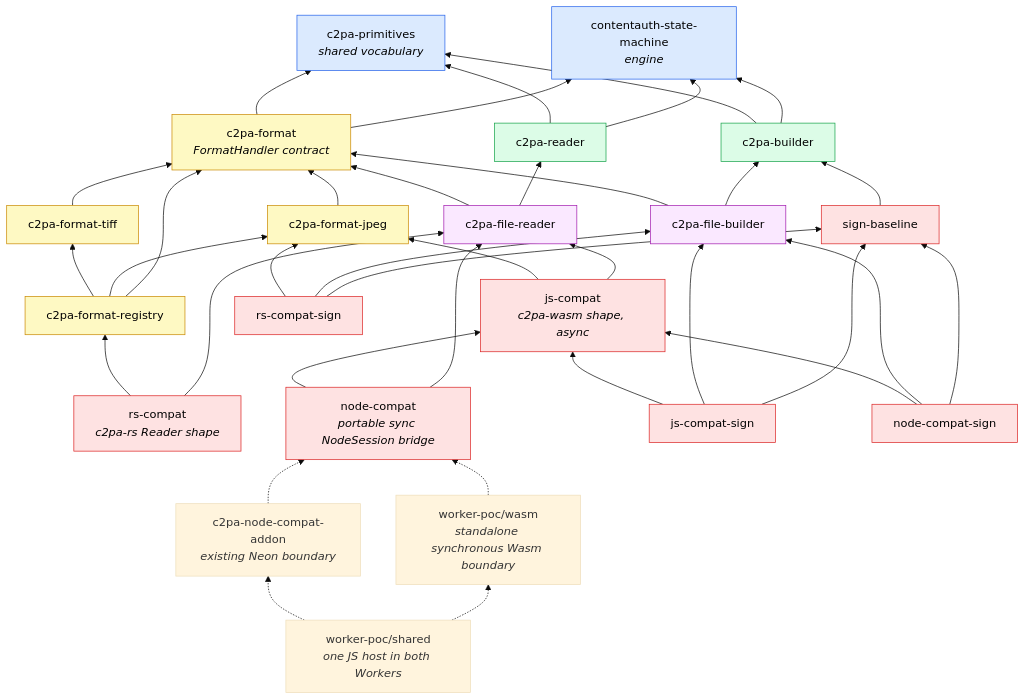
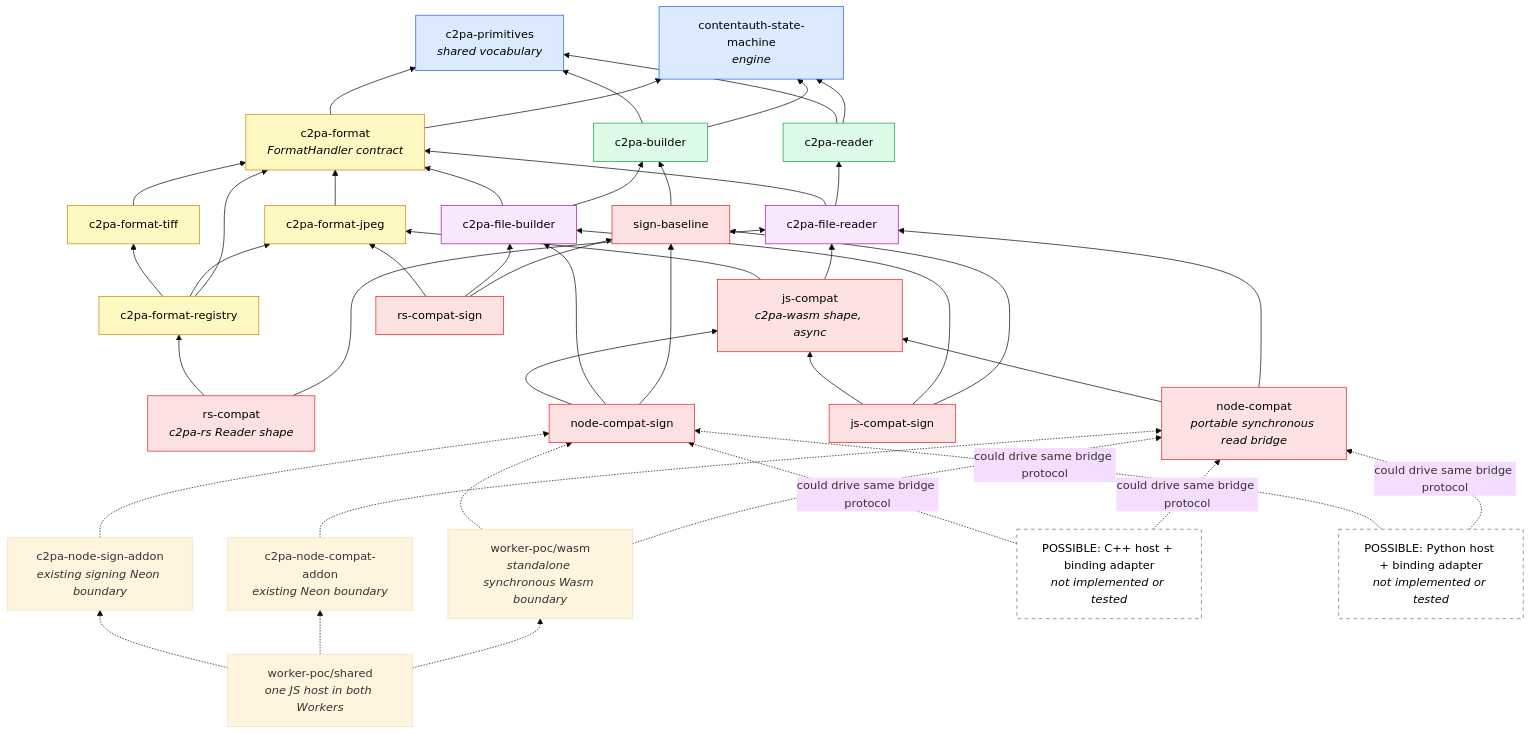
One commit to scouten/state-machine-experiment changed the first of 2 diagrams in docs/walkthrough/02-architecture.md. Above: the diagram before and after it, drawn with Mermaid (base theme). The commit also changed other lines of this file and 21 other files, not shown here.

````diff
--- a/docs/walkthrough/02-architecture.md
+++ b/docs/walkthrough/02-architecture.md
@@ -12,58 +14,66 @@
 ```mermaid
 flowchart BT
     SM["contentauth-state-machine<br/><i>engine</i>"]
     PR["c2pa-primitives<br/><i>shared vocabulary</i>"]
 
     RD["c2pa-reader"]
     BD["c2pa-builder"]
     FM["c2pa-format<br/><i>FormatHandler contract</i>"]
 
     JP["c2pa-format-jpeg"]
     TF["c2pa-format-tiff"]
     RG["c2pa-format-registry"]
 
     FR["c2pa-file-reader"]
     FB["c2pa-file-builder"]
 
     RSC["rs-compat<br/><i>c2pa-rs Reader shape</i>"]
     JSC["js-compat<br/><i>c2pa-wasm shape, async</i>"]
-    NDC["node-compat<br/><i>portable sync NodeSession bridge</i>"]
+    NDC["node-compat<br/><i>portable synchronous read bridge</i>"]
 
     SB["sign-baseline"]
     RSS["rs-compat-sign"]
     JSS["js-compat-sign"]
     NDS["node-compat-sign"]
     POC["worker-poc/shared<br/><i>one JS host in both Workers</i>"]
     PW["worker-poc/wasm<br/><i>standalone synchronous Wasm boundary</i>"]
     PN["c2pa-node-compat-addon<br/><i>existing Neon boundary</i>"]
+    PNS["c2pa-node-sign-addon<br/><i>existing signing Neon boundary</i>"]
+    CPP["POSSIBLE: C++ host + binding adapter<br/><i>not implemented or tested</i>"]
+    PY["POSSIBLE: Python host + binding adapter<br/><i>not implemented or tested</i>"]
 
     RD --> SM & PR
     BD --> SM & PR
     FM --> SM & PR
     JP --> FM
     TF --> FM
     RG --> FM & JP & TF
     FR --> RD & FM
     FB --> BD & FM
     RSC --> FR & RG
     JSC --> FR & JP
     NDC --> FR & JSC
     SB --> BD
     RSS --> SB & FB & JP
     JSS --> SB & FB & JSC
     NDS --> SB & FB & JSC
-    POC -.-> PW & PN
-    PW -.-> NDC
+    POC -.-> PW & PN & PNS
+    PW -.-> NDC & NDS
     PN -.-> NDC
+    PNS -.-> NDS
+    CPP -.->|"could drive same bridge protocol"| NDC & NDS
+    PY -.->|"could drive same bridge protocol"| NDC & NDS
 
     classDef engine fill:#dbeafe,stroke:#2563eb,color:#000
     classDef core fill:#dcfce7,stroke:#16a34a,color:#000
     classDef fmt fill:#fef9c3,stroke:#ca8a04,color:#000
     classDef glue fill:#fae8ff,stroke:#a21caf,color:#000
     classDef bind fill:#fee2e2,stroke:#dc2626,color:#000
+    classDef proposed fill:#fff,stroke:#64748b,stroke-dasharray:5 5,color:#000
     class SM,PR engine
     class RD,BD core
     class FM,JP,TF,RG fmt
     class FR,FB glue
     class RSC,JSC,NDC,SB,RSS,JSS,NDS bind
+    class CPP,PY proposed
 ```
````
